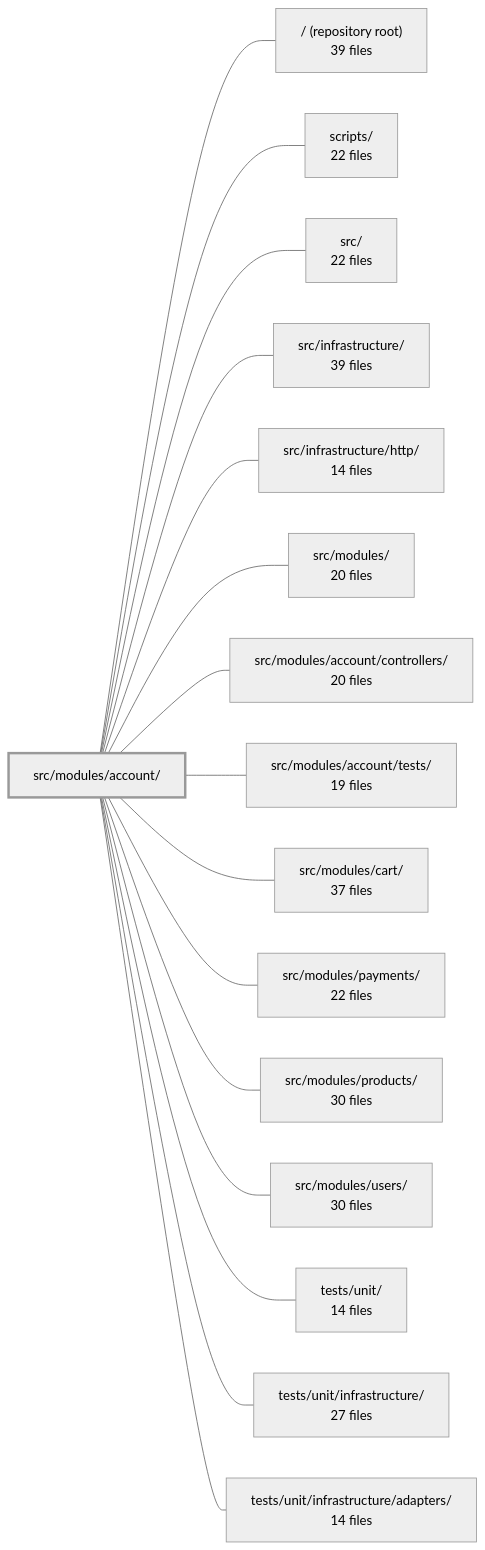
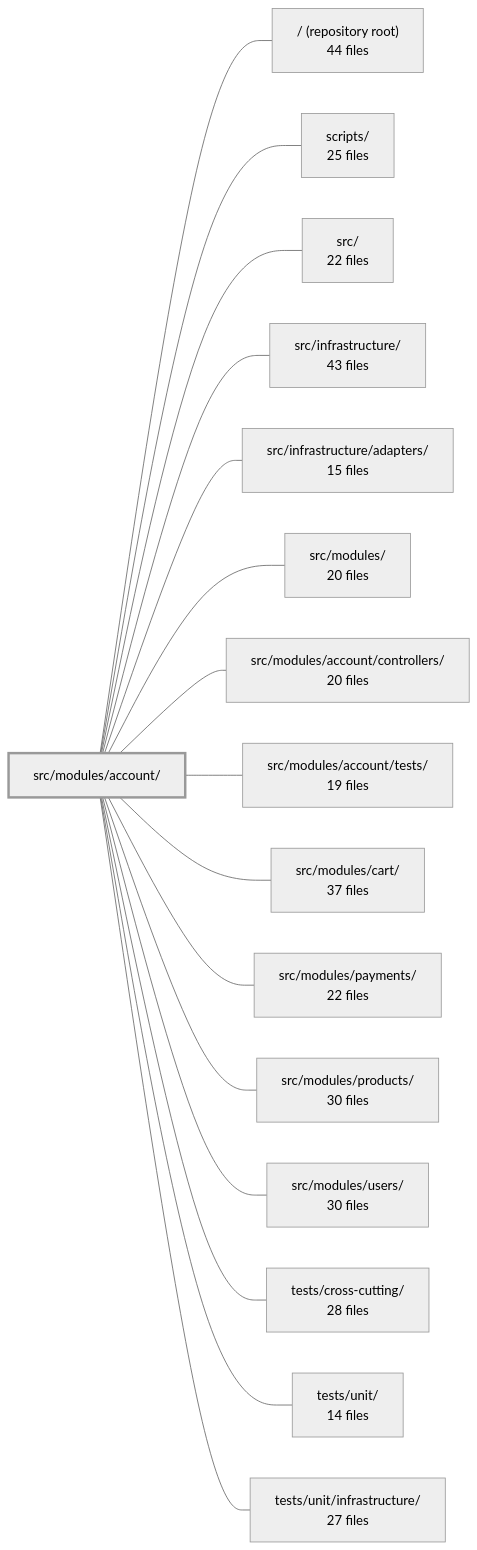
The diagram in .2repo/modules/boilerplate-node-backend_src_modules_account.md (Guebbit/boilerplate-node-backend), drawn with Mermaid (neutral theme) before and after one commit. The commit also changed other lines of this file and 625 other files, not shown here.

````diff
--- a/.2repo/modules/boilerplate-node-backend_src_modules_account.md
+++ b/.2repo/modules/boilerplate-node-backend_src_modules_account.md
@@ -45,35 +46,35 @@
 ```mermaid
 flowchart LR
     m_src_modules_account["src/modules/account/"]
-    m_root["/ (repository root)<br/>39 files"]
-    m_scripts["scripts/<br/>22 files"]
+    m_root["/ (repository root)<br/>44 files"]
+    m_scripts["scripts/<br/>25 files"]
     m_src["src/<br/>22 files"]
-    m_src_infrastructure["src/infrastructure/<br/>39 files"]
-    m_src_infrastructure_http["src/infrastructure/http/<br/>14 files"]
+    m_src_infrastructure["src/infrastructure/<br/>43 files"]
+    m_src_infrastructure_adapters["src/infrastructure/adapters/<br/>15 files"]
     m_src_modules["src/modules/<br/>20 files"]
     m_src_modules_account_controllers["src/modules/account/controllers/<br/>20 files"]
     m_src_modules_account_tests["src/modules/account/tests/<br/>19 files"]
     m_src_modules_cart["src/modules/cart/<br/>37 files"]
     m_src_modules_payments["src/modules/payments/<br/>22 files"]
     m_src_modules_products["src/modules/products/<br/>30 files"]
     m_src_modules_users["src/modules/users/<br/>30 files"]
+    m_tests_cross_cutting["tests/cross-cutting/<br/>28 files"]
     m_tests_unit["tests/unit/<br/>14 files"]
     m_tests_unit_infrastructure["tests/unit/infrastructure/<br/>27 files"]
-    m_tests_unit_infrastructure_adapters["tests/unit/infrastructure/adapters/<br/>14 files"]
     m_src_modules_account --- m_root
     m_src_modules_account --- m_scripts
     m_src_modules_account --- m_src
     m_src_modules_account --- m_src_infrastructure
-    m_src_modules_account --- m_src_infrastructure_http
+    m_src_modules_account --- m_src_infrastructure_adapters
     m_src_modules_account --- m_src_modules
     m_src_modules_account --- m_src_modules_account_controllers
     m_src_modules_account --- m_src_modules_account_tests
     m_src_modules_account --- m_src_modules_cart
     m_src_modules_account --- m_src_modules_payments
     m_src_modules_account --- m_src_modules_products
     m_src_modules_account --- m_src_modules_users
+    m_src_modules_account --- m_tests_cross_cutting
     m_src_modules_account --- m_tests_unit
     m_src_modules_account --- m_tests_unit_infrastructure
-    m_src_modules_account --- m_tests_unit_infrastructure_adapters
     style m_src_modules_account stroke-width:3px
 ```
````
